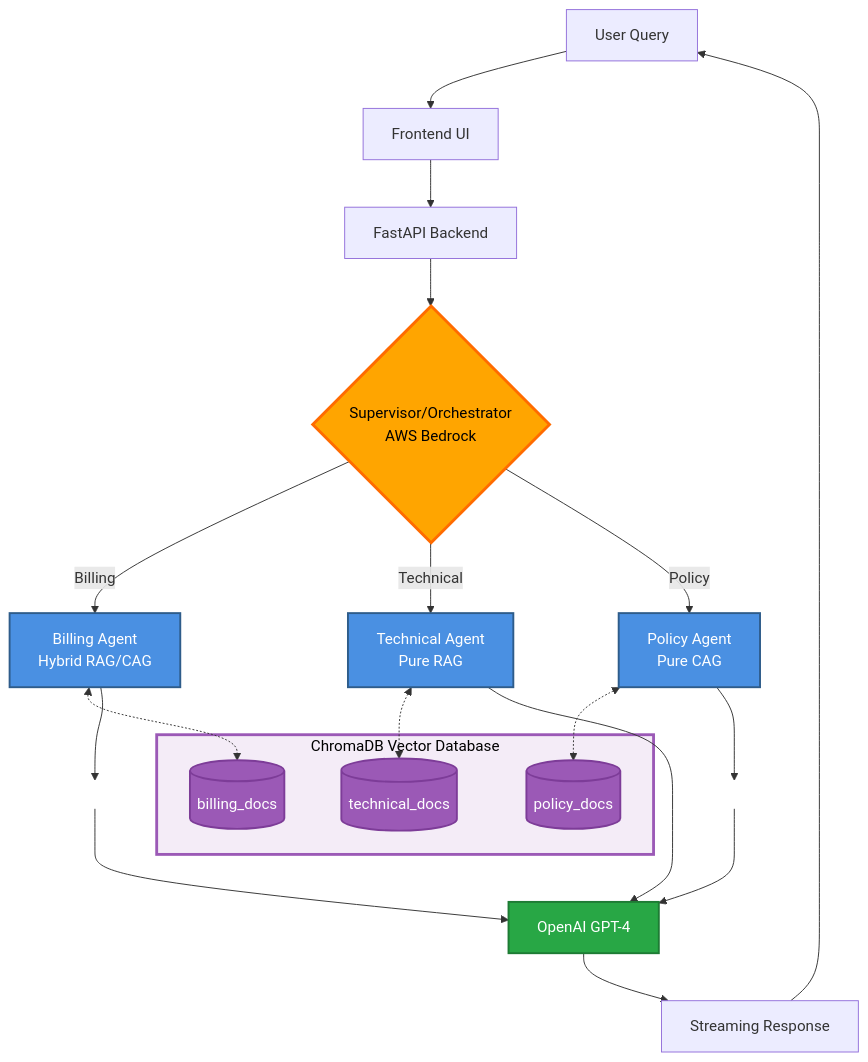
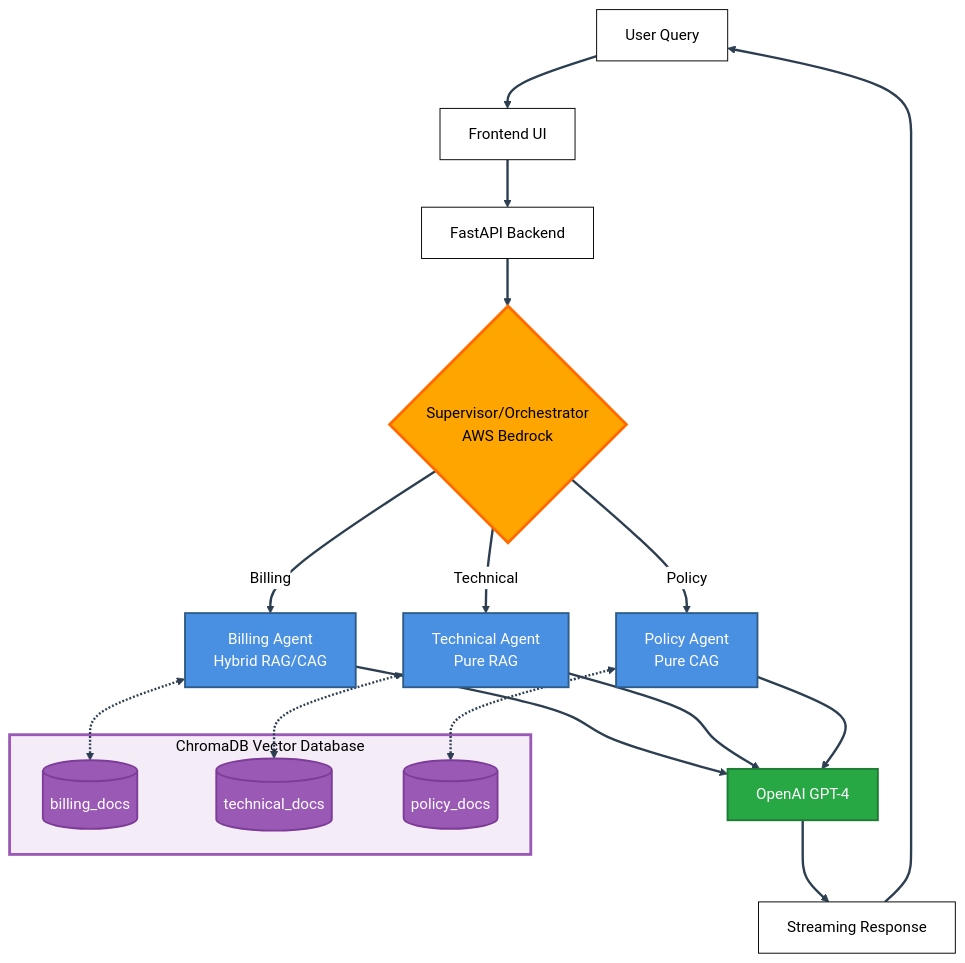
One commit to fly2safa/multi-agent-customer-service changed the first of 2 diagrams in README.md. Above: the diagram before and after it, drawn with Mermaid. The commit also changed other lines of this file, not shown here.

Commit message:
Enhance Mermaid diagrams with darker arrows and add audio controls documentation

````diff
--- a/README.md
+++ b/README.md
@@ -28,39 +28,38 @@
 ```mermaid
+%%{init: {'theme':'base', 'themeVariables': { 'primaryColor':'#fff','primaryTextColor':'#000','primaryBorderColor':'#000','lineColor':'#2c3e50','edgeLabelBackground':'#fff','tertiaryColor':'#fff'}}}%%
 graph TB
     A[User Query] --> B[Frontend UI]
     B --> C[FastAPI Backend]
     C --> D{Supervisor/Orchestrator<br/>AWS Bedrock}
     D -->|Billing| E[Billing Agent<br/>Hybrid RAG/CAG]
     D -->|Technical| F[Technical Agent<br/>Pure RAG]
     D -->|Policy| G[Policy Agent<br/>Pure CAG]
     
     E <-.-> K[(billing_docs)]
     F <-.-> L[(technical_docs)]
     G <-.-> M[(policy_docs)]
     
     subgraph ChromaDB[" ChromaDB Vector Database "]
         K
         L
         M
     end
     
-    E --> N[ ]
-    F --> H[OpenAI GPT-4]
-    G --> O[ ]
-    N --> H
-    O --> H
+    E --> H[OpenAI GPT-4]
+    F --> H
+    G --> H
     H --> I[Streaming Response]
     I --> A
     
     style D fill:#FFA500,stroke:#FF6B00,stroke-width:3px,color:#000
     style E fill:#4A90E2,stroke:#2E5C8A,stroke-width:2px,color:#FFF
     style F fill:#4A90E2,stroke:#2E5C8A,stroke-width:2px,color:#FFF
     style G fill:#4A90E2,stroke:#2E5C8A,stroke-width:2px,color:#FFF
     style H fill:#28A745,stroke:#1E7B34,stroke-width:2px,color:#FFF
     style ChromaDB fill:#F4ECF7,stroke:#9B59B6,stroke-width:3px,color:#000
     style K fill:#9B59B6,stroke:#7D3C98,stroke-width:2px,color:#FFF
     style L fill:#9B59B6,stroke:#7D3C98,stroke-width:2px,color:#FFF
     style M fill:#9B59B6,stroke:#7D3C98,stroke-width:2px,color:#FFF
-    style N fill:none,stroke:none
-    style O fill:none,stroke:none
+    
+    linkStyle default stroke:#2c3e50,stroke-width:2.5px
 ```
````
